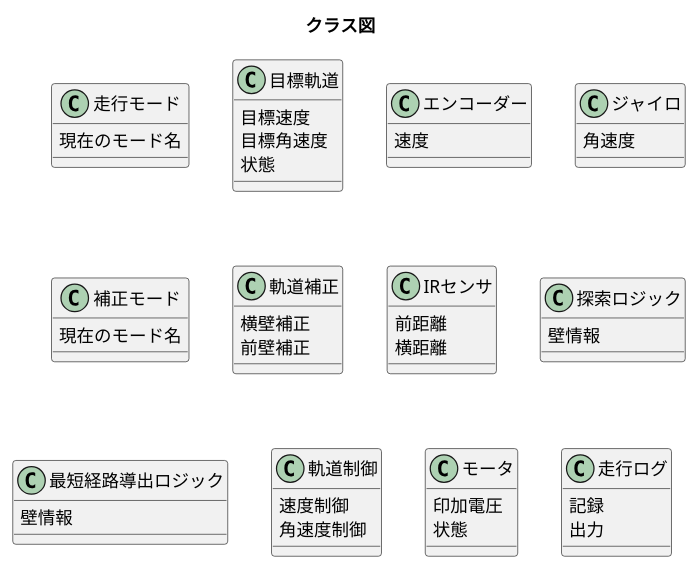
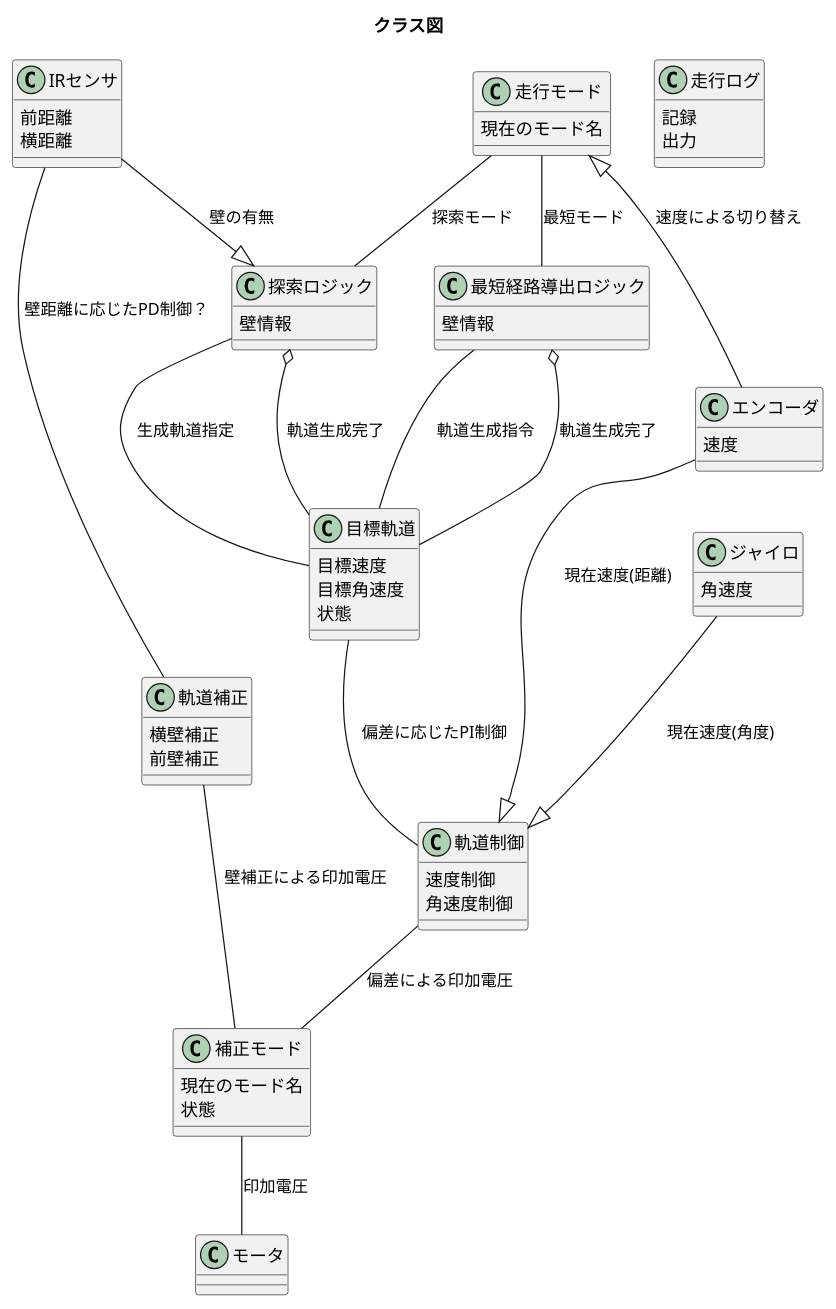
The diagram in uml/class.pu (okada-y/micromouse), drawn with PlantUML before and after one commit.

Commit message:
クラスの関連付けを完了

```diff
--- a/uml/class.pu
+++ b/uml/class.pu
@@ -1,46 +1,77 @@
 @startuml
 title クラス図
 
 class 走行モード
 走行モード : 現在のモード名
 
 Class 目標軌道
 目標軌道 : 目標速度
 目標軌道 : 目標角速度 
 目標軌道 : 状態
 
-class エンコーダー
-エンコーダー : 速度
+class エンコーダ
+エンコーダ : 速度
 
 class ジャイロ
 ジャイロ : 角速度
 
 class 補正モード
 補正モード : 現在のモード名 
+補正モード : 状態
 
 class 軌道補正
 軌道補正 : 横壁補正
 軌道補正 : 前壁補正
 
 class IRセンサ
 IRセンサ : 前距離
 IRセンサ : 横距離
 
 class 探索ロジック
 探索ロジック : 壁情報
 
 class 最短経路導出ロジック
 最短経路導出ロジック : 壁情報
 
 class 軌道制御
 軌道制御 : 速度制御
 軌道制御 : 角速度制御
 
 class モータ
-モータ : 印加電圧
-モータ : 状態
+
 
 class 走行ログ
 走行ログ : 記録
 走行ログ : 出力
+
+
+走行モード <|-- エンコーダ : 速度による切り替え
+
+走行モード -- 探索ロジック : 探索モード
+
+走行モード -- 最短経路導出ロジック : 最短モード
+
+最短経路導出ロジック -- 目標軌道 : 軌道生成指令 
+最短経路導出ロジック o-- 目標軌道 : 軌道生成完了
+
+
+探索ロジック -- 目標軌道 : 生成軌道指定
+探索ロジック o-- 目標軌道 : 軌道生成完了
+
+目標軌道 -- 軌道制御 : 偏差に応じたPI制御
+
+軌道制御 -- 補正モード : 偏差による印加電圧
+
+軌道補正 -- 補正モード : 壁補正による印加電圧
+
+補正モード -- モータ : 印加電圧
+
+IRセンサ -- 軌道補正 : 壁距離に応じたPD制御？
+
+エンコーダ --|> 軌道制御 : 現在速度(距離)
+
+ジャイロ --|> 軌道制御 : 現在速度(角度)
+
+IRセンサ --|> 探索ロジック : 壁の有無
+
 @enduml
```
